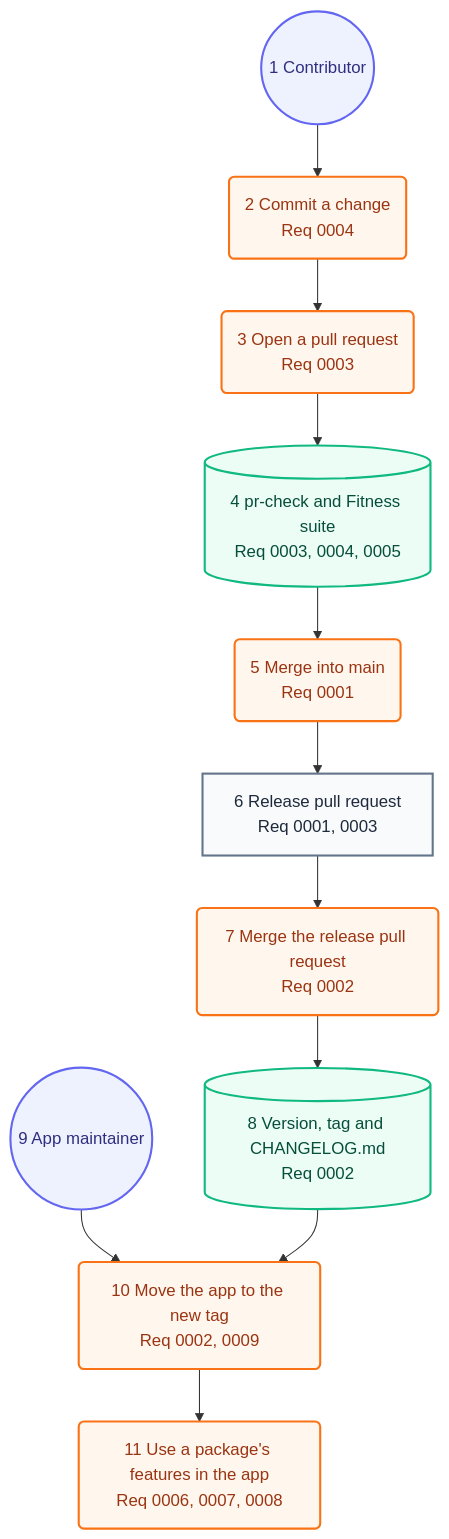
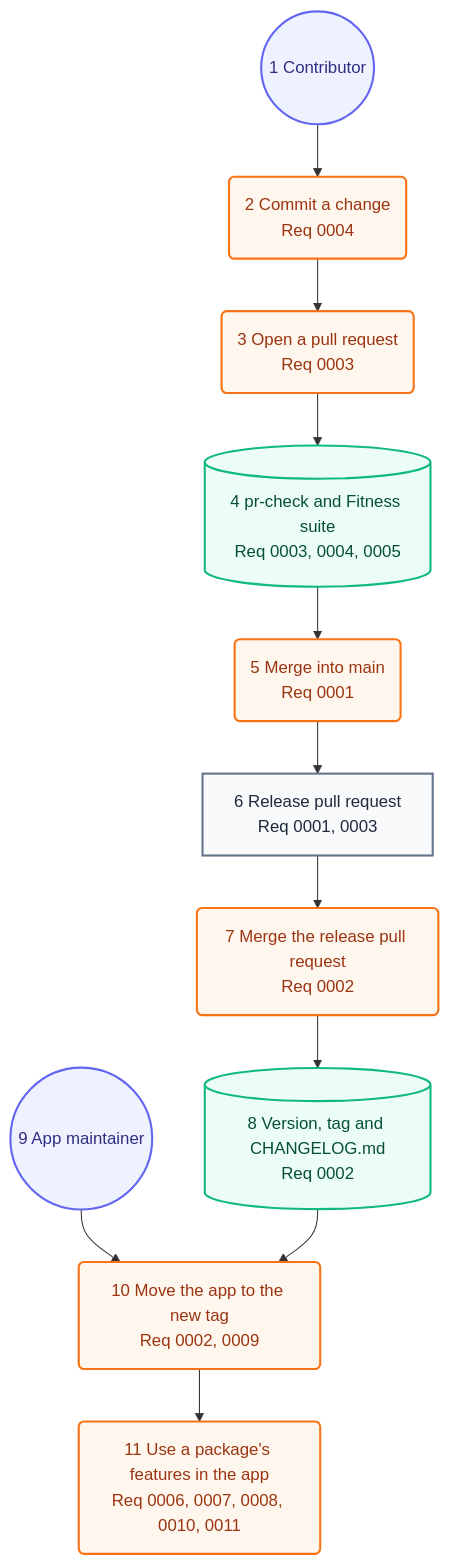
The second of 2 diagrams in docs/architecture/05-user-journey.md (may-journal/common-swift), drawn with Mermaid before and after one commit. The commit also changed 21 other files, not shown here.

````diff
--- a/docs/architecture/05-user-journey.md
+++ b/docs/architecture/05-user-journey.md
@@ -33,30 +33,30 @@
 ```mermaid
 flowchart TB
     contributor((1 Contributor)):::persona
     commit(2 Commit a change<br/>Req 0004):::action
     open(3 Open a pull request<br/>Req 0003):::action
     checks[(4 pr-check and Fitness suite<br/>Req 0003, 0004, 0005)]:::system
     merge(5 Merge into main<br/>Req 0001):::action
     releasePR[6 Release pull request<br/>Req 0001, 0003]:::screen
     release(7 Merge the release pull request<br/>Req 0002):::action
     tag[(8 Version, tag and CHANGELOG.md<br/>Req 0002)]:::system
     maintainer((9 App maintainer)):::persona
     update(10 Move the app to the new tag<br/>Req 0002, 0009):::action
-    adopt(11 Use a package's features in the app<br/>Req 0006, 0007, 0008):::action
+    adopt(11 Use a package's features in the app<br/>Req 0006, 0007, 0008, 0010, 0011):::action
 
     contributor --> commit
     commit --> open
     open --> checks
     checks --> merge
     merge --> releasePR
     releasePR --> release
     release --> tag
     maintainer --> update
     tag --> update
     update --> adopt
 
     classDef persona fill:#eef2ff,stroke:#6366f1,color:#312e81,stroke-width:2px
     classDef screen fill:#f8fafc,stroke:#64748b,color:#1e293b,stroke-width:2px
     classDef action fill:#fff7ed,stroke:#f97316,color:#9a3412,stroke-width:2px
     classDef system fill:#ecfdf5,stroke:#10b981,color:#064e3b,stroke-width:2px
 ```
````
